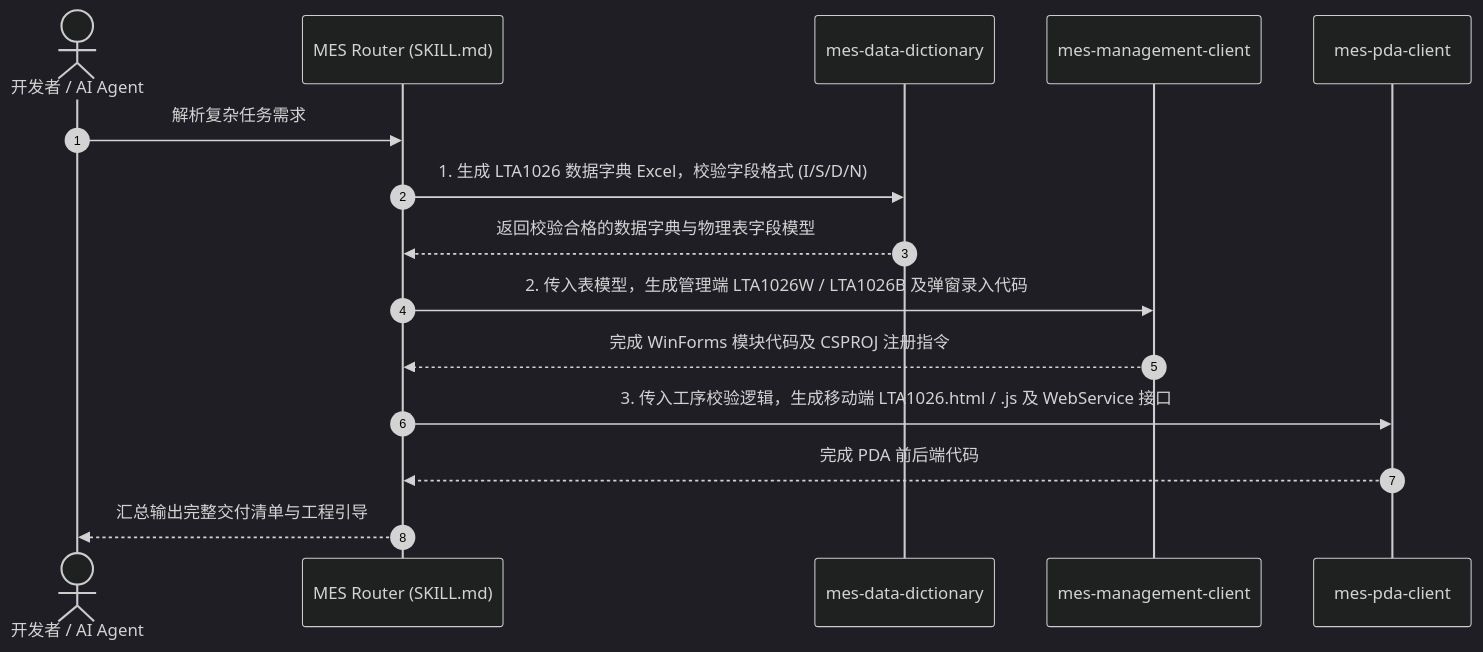
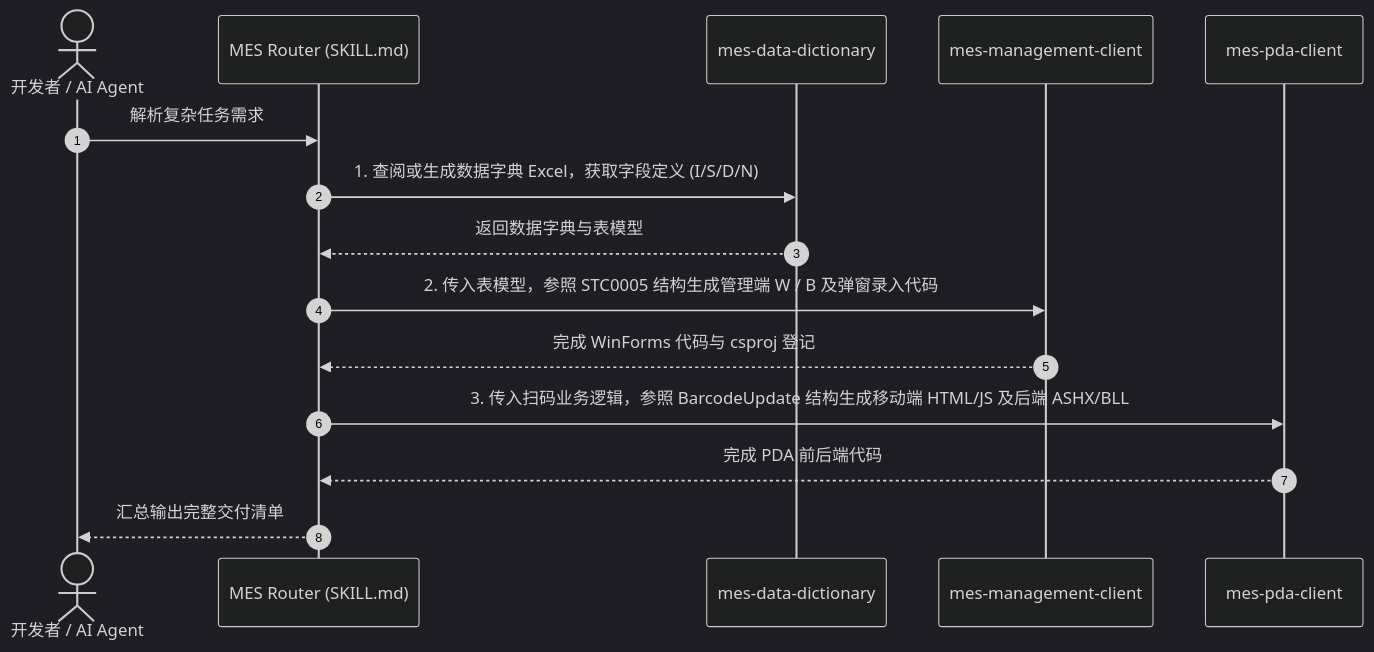
Before and after one commit to icecream7777/messkill: the second of 2 diagrams in SKILL.md, drawn with Mermaid (dark theme). The commit also changed other lines of this file and 10 other files, not shown here.

````diff
--- a/SKILL.md
+++ b/SKILL.md
@@ -70,18 +68,18 @@
 ```mermaid
 sequenceDiagram
     autonumber
     actor Dev as 开发者 / AI Agent
     participant Router as MES Router (SKILL.md)
     participant Dict as mes-data-dictionary
     participant WinForm as mes-management-client
     participant PDA as mes-pda-client
 
     Dev->>Router: 解析复杂任务需求
-    Router->>Dict: 1. 生成 LTA1026 数据字典 Excel，校验字段格式 (I/S/D/N)
-    Dict-->>Router: 返回校验合格的数据字典与物理表字段模型
-    Router->>WinForm: 2. 传入表模型，生成管理端 LTA1026W / LTA1026B 及弹窗录入代码
-    WinForm-->>Router: 完成 WinForms 模块代码及 CSPROJ 注册指令
-    Router->>PDA: 3. 传入工序校验逻辑，生成移动端 LTA1026.html / .js 及 WebService 接口
+    Router->>Dict: 1. 查阅或生成数据字典 Excel，获取字段定义 (I/S/D/N)
+    Dict-->>Router: 返回数据字典与表模型
+    Router->>WinForm: 2. 传入表模型，参照 STC0005 结构生成管理端 W / B 及弹窗录入代码
+    WinForm-->>Router: 完成 WinForms 代码与 csproj 登记
+    Router->>PDA: 3. 传入扫码业务逻辑，参照 BarcodeUpdate 结构生成移动端 HTML/JS 及后端 ASHX/BLL
     PDA-->>Router: 完成 PDA 前后端代码
-    Router-->>Dev: 汇总输出完整交付清单与工程引导
+    Router-->>Dev: 汇总输出完整交付清单
 ```
````
